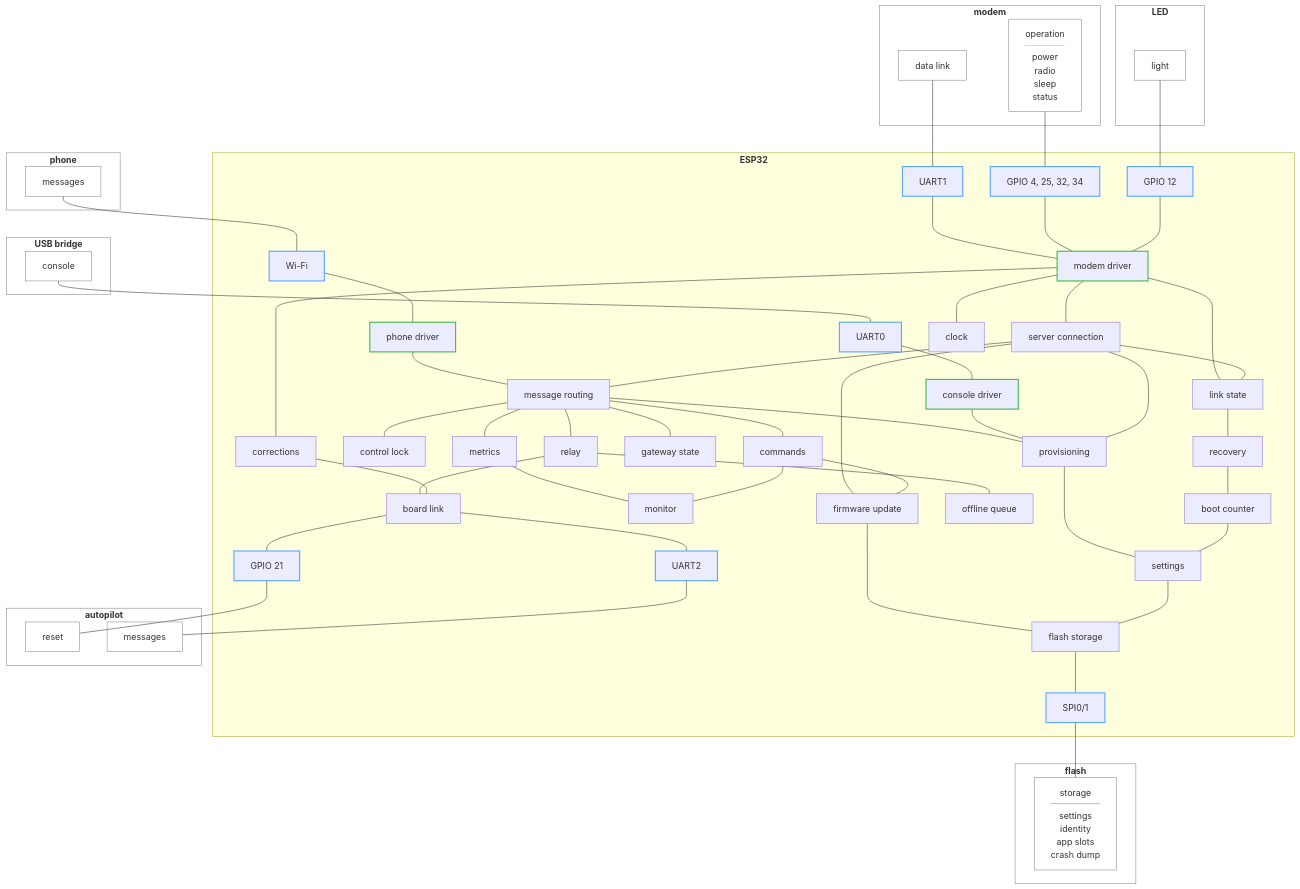
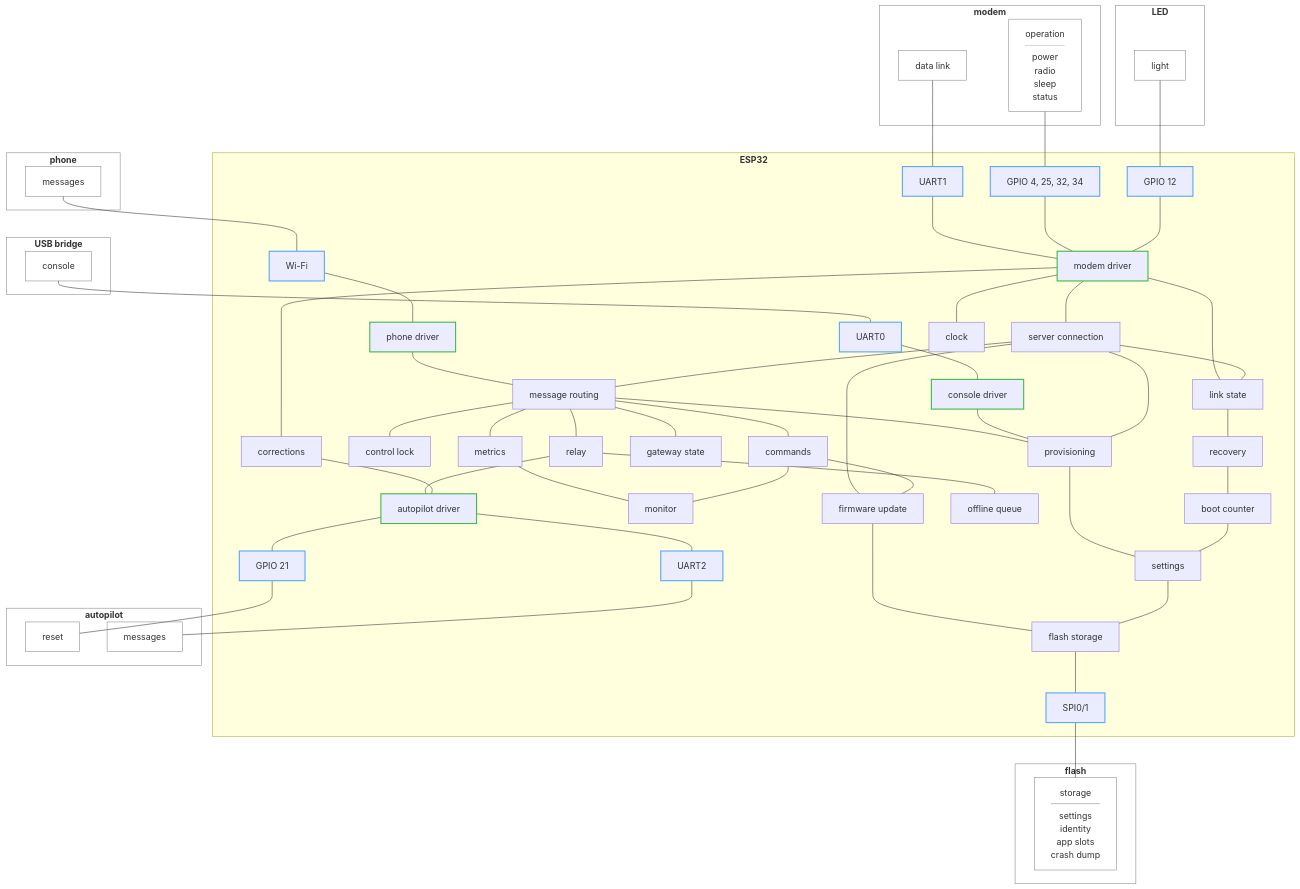
Before and after one commit to rmx-lt/rmx-mower-gateway: the diagram in .esp-architecture/diagrams/block-draft.md, drawn with Mermaid.

Commit message:
Draft: autopilot driver

````diff
--- a/.esp-architecture/diagrams/block-draft.md
+++ b/.esp-architecture/diagrams/block-draft.md
@@ -43,7 +43,7 @@
     boot["boot counter"]
     relay["relay"]
     q["offline queue"]
-    bl["board link"]
+    bl["autopilot driver"]
     set["settings"]
     fs["flash storage"]
     u2["UART2"]
@@ -95,7 +95,7 @@
   classDef bus stroke:#58a6ff,stroke-width:2px
   class u1,gm,gl,gr,u2,wf,u0,sp bus
   classDef driver stroke:#3fb950,stroke-width:2px
-  class con,phd,conn driver
+  class con,phd,conn,bl driver
   classDef device fill:none,stroke:#888
   class modem,mdata,mctl,led,lparts,ap,amsg,areset,ph,pparts,usb,uparts,fl,fparts device
 ```
````
